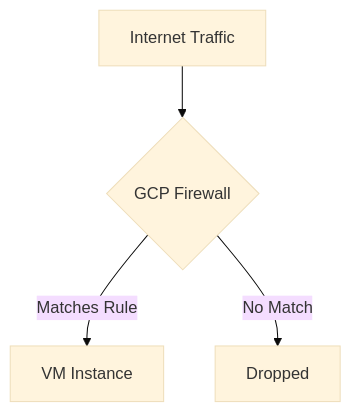
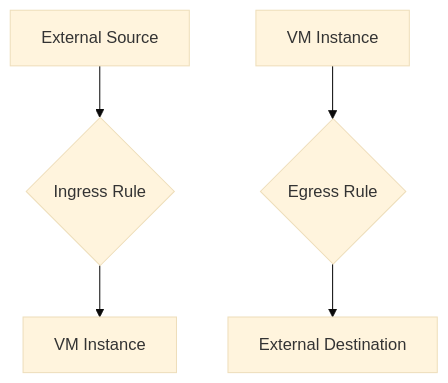
Before and after one commit to pavannav/public1: the diagram in SG/Cloud-Concepts-SG-v3/007-how-to-create-firewall-rule-and-use-them-gcp-in-hindi.md, drawn with Mermaid (base theme). The commit also changed other lines of this file and 15 other files, not shown here.

````diff
--- a/SG/Cloud-Concepts-SG-v3/007-how-to-create-firewall-rule-and-use-them-gcp-in-hindi.md
+++ b/SG/Cloud-Concepts-SG-v3/007-how-to-create-firewall-rule-and-use-them-gcp-in-hindi.md
@@ -108,6 +52,7 @@
 ```mermaid
 graph TD
-    A[Internet Traffic] --> B{GCP Firewall}
-    B -->|Matches Rule| C[VM Instance]
-    B -->|No Match| D[Dropped]
+    A[External Source] --> B{Ingress Rule}
+    B --> C[VM Instance]
+    D[VM Instance] --> E{Egress Rule}
+    E --> F[External Destination]
 ```
````
